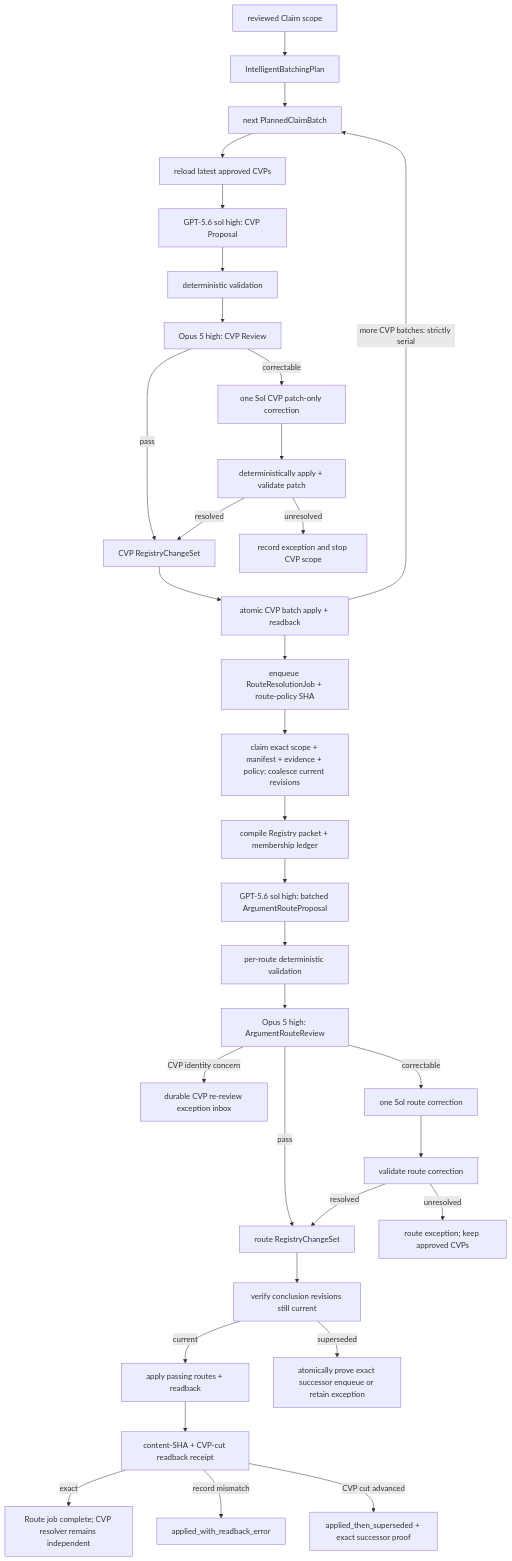
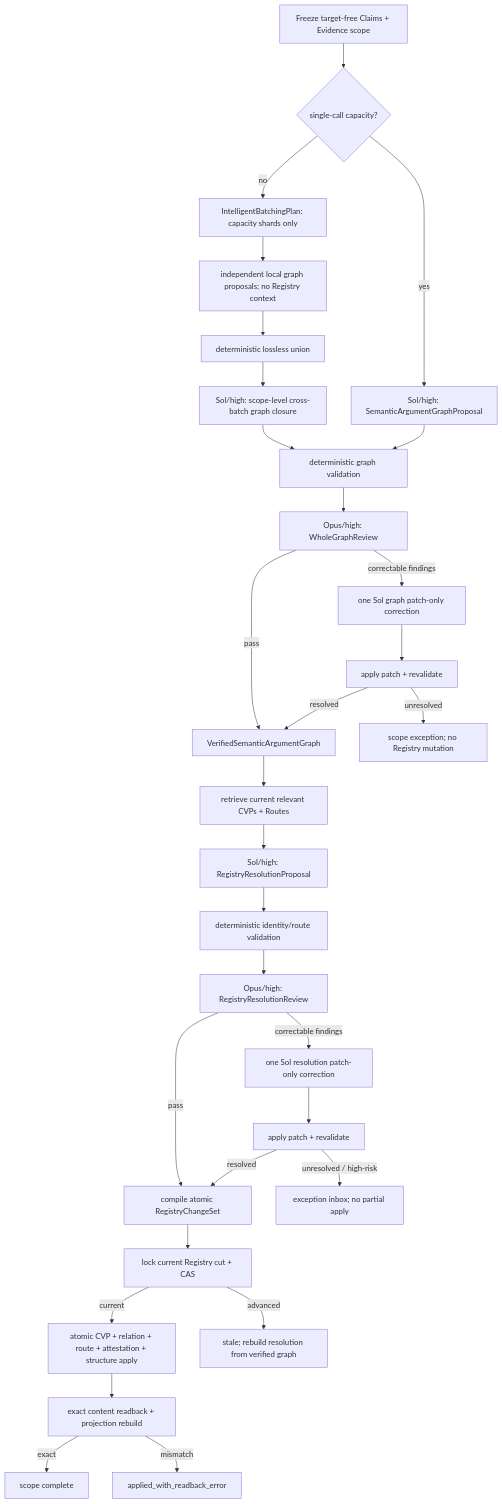
One commit to junyang168/smart-answer changed the first of 9 diagrams in docs/wang-knowledge-platform/canonical_viewpoint_registry_design_v1.md. Above: the diagram before and after it, drawn with Mermaid. The commit also changed other lines of this file, not shown here.

Commit message:
docs: adopt graph-first CVP resolution design

````diff
--- a/docs/wang-knowledge-platform/canonical_viewpoint_registry_design_v1.md
+++ b/docs/wang-knowledge-platform/canonical_viewpoint_registry_design_v1.md
@@ -85,35 +74,32 @@
 ```mermaid
 flowchart TD
-    S["reviewed Claim scope"] --> B["IntelligentBatchingPlan"]
-    B --> N["next PlannedClaimBatch"]
-    N --> L["reload latest approved CVPs"]
-    L --> P["GPT-5.6 sol high: CVP Proposal"]
-    P --> D["deterministic validation"]
-    D --> R["Opus 5 high: CVP Review"]
-    R -->|"pass"| C["CVP RegistryChangeSet"]
-    R -->|"correctable"| O["one Sol CVP patch-only correction"]
-    O --> V["deterministically apply + validate patch"]
-    V -->|"resolved"| C
-    V -->|"unresolved"| X["record exception and stop CVP scope"]
-    C --> A["atomic CVP batch apply + readback"]
-    A -->|"more CVP batches: strictly serial"| N
-    A --> Q["enqueue RouteResolutionJob + route-policy SHA"]
-    Q --> E["claim exact scope + manifest + evidence + policy; coalesce current revisions"]
-    E --> CE["compile Registry packet + membership ledger"]
-    CE --> RP["GPT-5.6 sol high: batched ArgumentRouteProposal"]
-    RP --> RD["per-route deterministic validation"]
-    RD --> RR["Opus 5 high: ArgumentRouteReview"]
-    RR -->|"CVP identity concern"| CX["durable CVP re-review exception inbox"]
-    RR -->|"pass"| RC["route RegistryChangeSet"]
-    RR -->|"correctable"| RO["one Sol route correction"]
-    RO --> RV["validate route correction"]
-    RV -->|"resolved"| RC
-    RV -->|"unresolved"| RX["route exception; keep approved CVPs"]
-    RC --> CC["verify conclusion revisions still current"]
-    CC -->|"current"| RA["apply passing routes + readback"]
-    CC -->|"superseded"| SQ["atomically prove exact successor enqueue or retain exception"]
-    RA --> RB["content-SHA + CVP-cut readback receipt"]
-    RB -->|"exact"| Z["Route job complete; CVP resolver remains independent"]
-    RB -->|"record mismatch"| RE["applied_with_readback_error"]
-    RB -->|"CVP cut advanced"| AS["applied_then_superseded + exact successor proof"]
+    S["Freeze target-free Claims + Evidence scope"] --> K{"single-call capacity?"}
+    K -->|"yes"| GP["Sol/high: SemanticArgumentGraphProposal"]
+    K -->|"no"| B["IntelligentBatchingPlan: capacity shards only"]
+    B --> LP["independent local graph proposals; no Registry context"]
+    LP --> U["deterministic lossless union"]
+    U --> GC["Sol/high: scope-level cross-batch graph closure"]
+    GC --> GV["deterministic graph validation"]
+    GP --> GV
+    GV --> GR["Opus/high: WholeGraphReview"]
+    GR -->|"correctable findings"| GX["one Sol graph patch-only correction"]
+    GX --> GVV["apply patch + revalidate"]
+    GR -->|"pass"| VG["VerifiedSemanticArgumentGraph"]
+    GVV -->|"resolved"| VG
+    GVV -->|"unresolved"| EX["scope exception; no Registry mutation"]
+    VG --> RC["retrieve current relevant CVPs + Routes"]
+    RC --> RP["Sol/high: RegistryResolutionProposal"]
+    RP --> RV["deterministic identity/route validation"]
+    RV --> RR["Opus/high: RegistryResolutionReview"]
+    RR -->|"correctable findings"| RX["one Sol resolution patch-only correction"]
+    RX --> RRV["apply patch + revalidate"]
+    RR -->|"pass"| CS["compile atomic RegistryChangeSet"]
+    RRV -->|"resolved"| CS
+    RRV -->|"unresolved / high-risk"| EI["exception inbox; no partial apply"]
+    CS --> CAS["lock current Registry cut + CAS"]
+    CAS -->|"current"| A["atomic CVP + relation + route + attestation + structure apply"]
+    CAS -->|"advanced"| ST["stale; rebuild resolution from verified graph"]
+    A --> READ["exact content readback + projection rebuild"]
+    READ -->|"exact"| DONE["scope complete"]
+    READ -->|"mismatch"| ER["applied_with_readback_error"]
 ```
````
